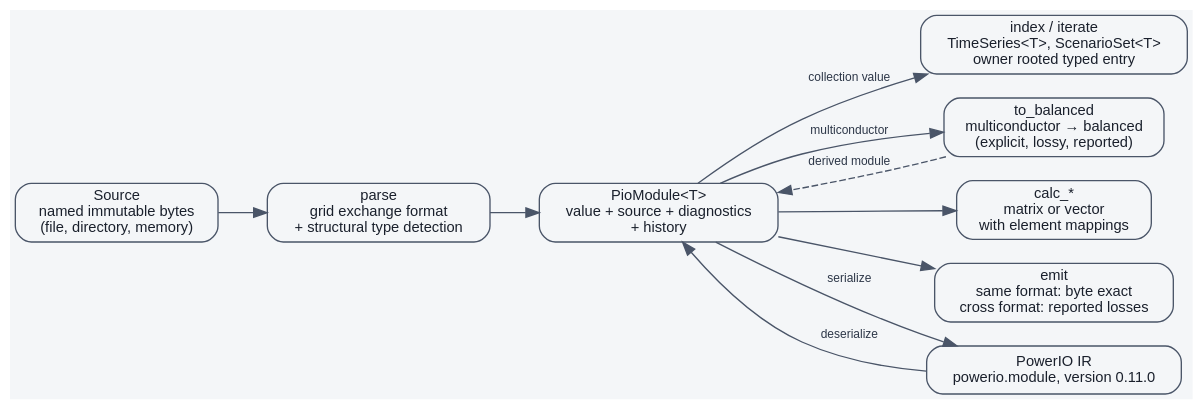
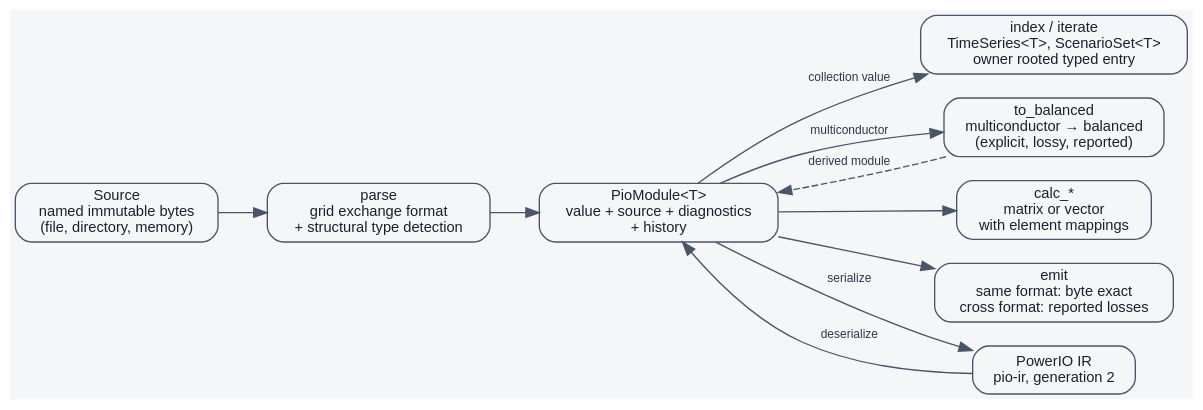
One commit to eigenergy/powerio changed the diagram in docs/diagrams/dataflow.dot. Above: the diagram before and after it, drawn with Graphviz. The commit also changed 46 other files, not shown here.

Commit message:
Define PowerIO IR generation 2

```diff
--- a/docs/diagrams/dataflow.dot
+++ b/docs/diagrams/dataflow.dot
@@ -1,30 +1,30 @@
 // The parse-to-emit data flow: acquisition, parse, the typed module, explicit
 // transformations, calculations, emission, and PowerIO IR. Nodes are operations and data,
 // not crates, so the checker validates only its syntax and generation.
 digraph powerio_dataflow {
     rankdir = LR;
     bgcolor = "#f4f6f8";
     node [shape = box, style = "rounded,filled", fillcolor = "#f4f6f8",
           color = "#4a5568", fontname = "Helvetica", fontsize = 11,
           fontcolor = "#1a202c"];
     edge [color = "#4a5568", fontname = "Helvetica", fontsize = 9,
           fontcolor = "#2d3748"];
 
     source [label = "Source\nnamed immutable bytes\n(file, directory, memory)"];
     parse [label = "parse\ngrid exchange format\n+ structural type detection"];
     module [label = "PioModule<T>\nvalue + source + diagnostics\n+ history"];
     access [label = "index / iterate\nTimeSeries<T>, ScenarioSet<T>\nowner rooted typed entry"];
     transform [label = "to_balanced\nmulticonductor → balanced\n(explicit, lossy, reported)"];
     matrices [label = "calc_*\nmatrix or vector\nwith element mappings"];
     emit [label = "emit\nsame format: byte exact\ncross format: reported losses"];
-    stored [label = "PowerIO IR\npowerio.module, version 0.11.0"];
+    stored [label = "PowerIO IR\npio-ir, generation 2"];
 
     source -> parse -> module;
     module -> access [label = "collection value"];
     module -> transform [label = "multiconductor"];
     transform -> module [style = dashed, label = "derived module"];
     module -> matrices;
     module -> emit;
     module -> stored [label = "serialize"];
     stored -> module [label = "deserialize"];
 }
```
